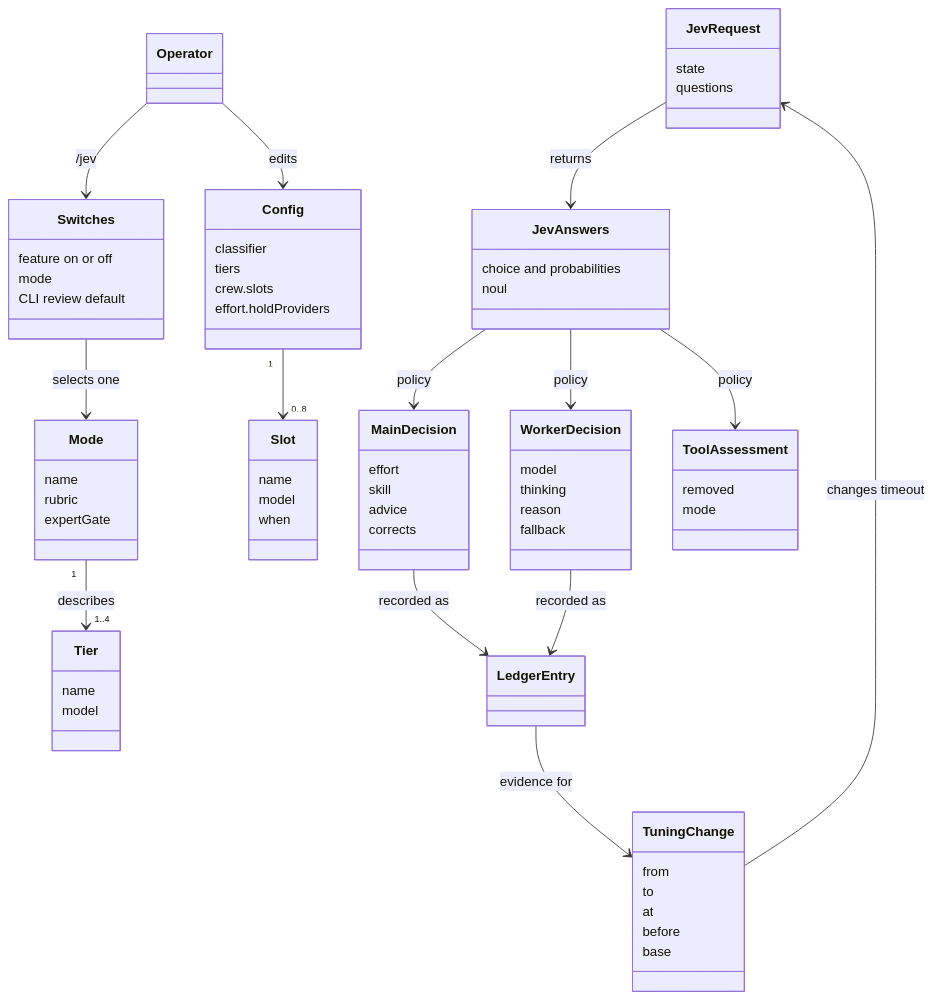
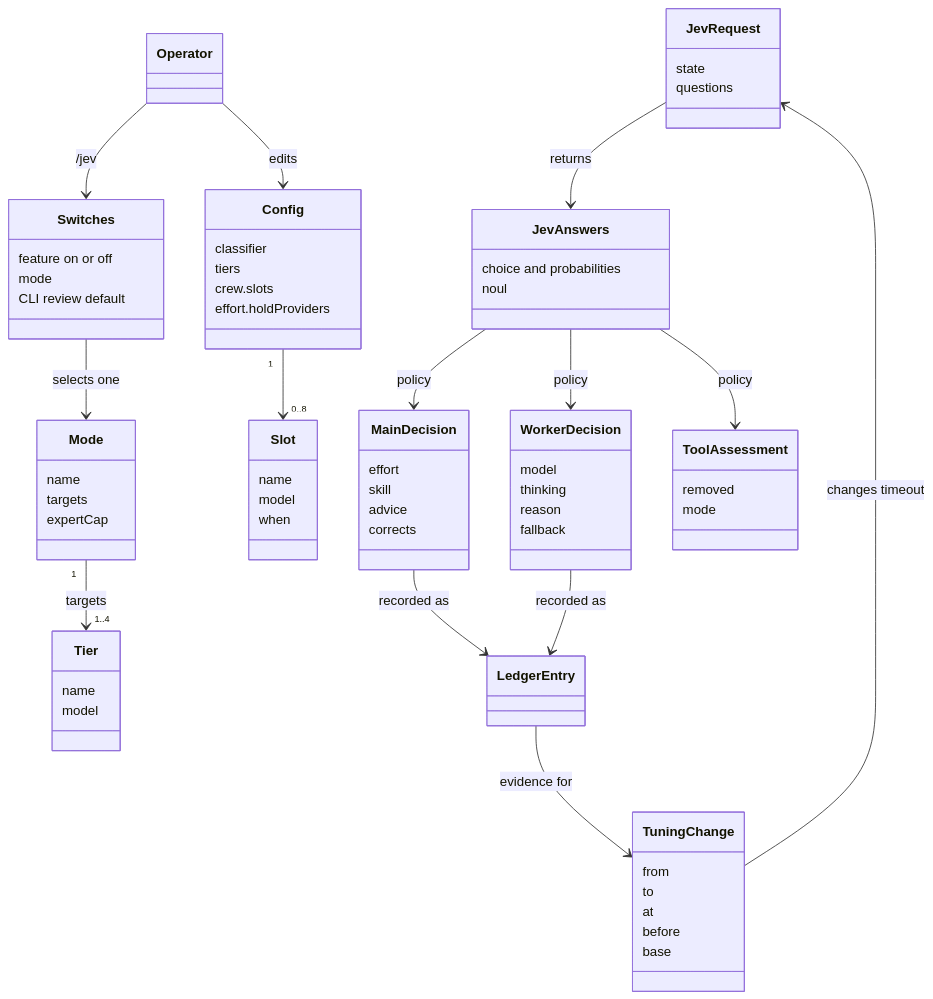
One commit to ttdua/pi-jev-pilot changed the first of 3 diagrams in docs/domain-model.md. Above: the diagram before and after it, drawn with Mermaid. The commit also changed other lines of this file and 75 other files, not shown here.

First line of the commit message:
feat(worker-modes): tune-mode-tier-mix (#43)

````diff
--- a/docs/domain-model.md
+++ b/docs/domain-model.md
@@ -5,75 +5,75 @@
 ```mermaid
 classDiagram
     class Operator
     class Config {
       classifier
       tiers
       crew.slots
       effort.holdProviders
     }
     class Switches {
       feature on or off
       mode
       CLI review default
     }
     class Mode {
       name
-      rubric
-      expertGate
+      targets
+      expertCap
     }
     class Tier {
       name
       model
     }
     class Slot {
       name
       model
       when
     }
     class JevRequest {
       state
       questions
     }
     class JevAnswers {
       choice and probabilities
       noul
     }
     class MainDecision {
       effort
       skill
       advice
       corrects
     }
     class WorkerDecision {
       model
       thinking
       reason
       fallback
     }
     class ToolAssessment {
       removed
       mode
     }
     class LedgerEntry
     class TuningChange {
       from
       to
       at
       before
       base
     }
 
     Operator --> Config : edits
     Operator --> Switches : /jev
     Switches --> Mode : selects one
-    Mode "1" --> "1..4" Tier : describes
+    Mode "1" --> "1..4" Tier : targets
     Config "1" --> "0..8" Slot
     JevRequest --> JevAnswers : returns
     JevAnswers --> MainDecision : policy
     JevAnswers --> WorkerDecision : policy
     JevAnswers --> ToolAssessment : policy
     MainDecision --> LedgerEntry : recorded as
     WorkerDecision --> LedgerEntry : recorded as
     LedgerEntry --> TuningChange : evidence for
     TuningChange --> JevRequest : changes timeout
 ```
````
